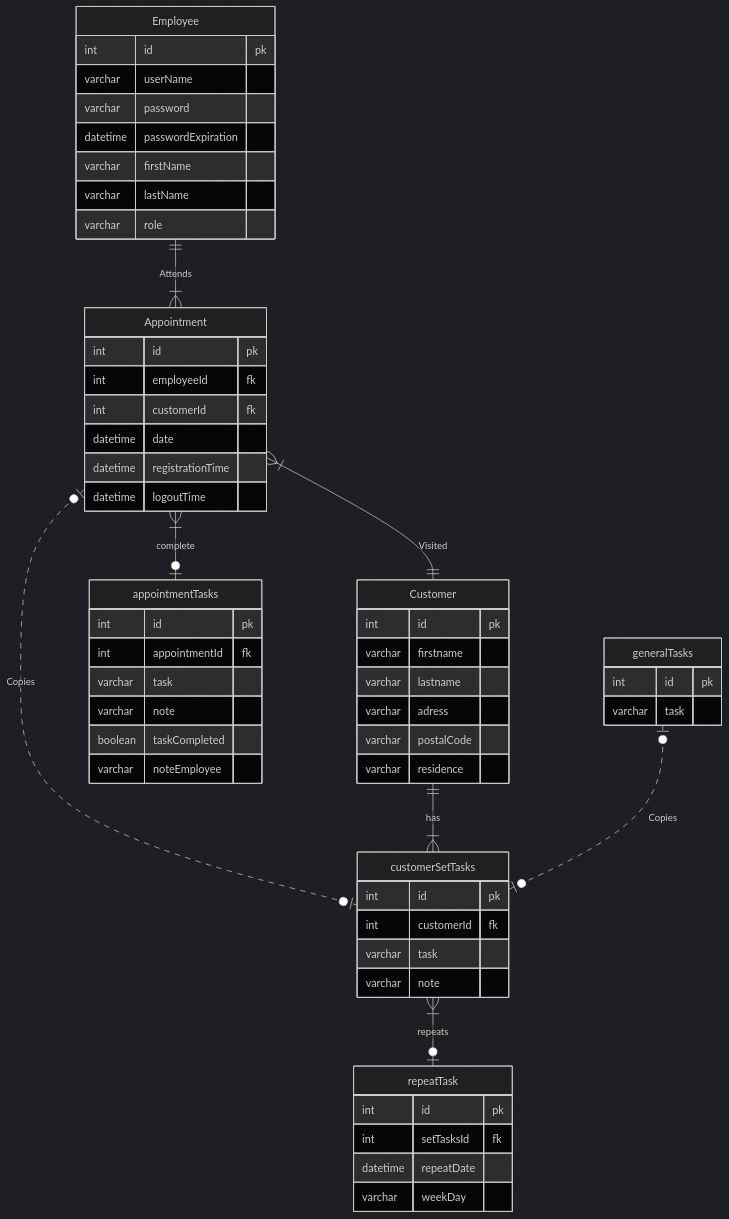
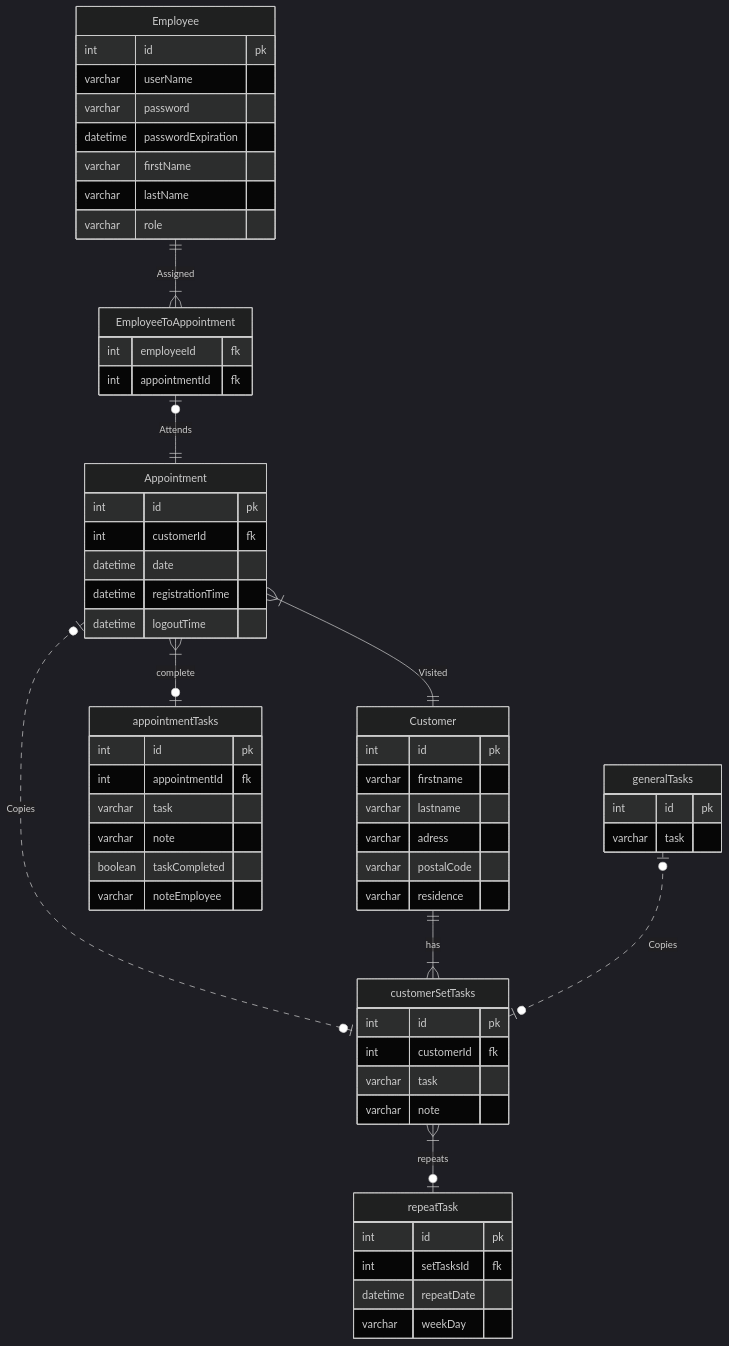
One commit to Educom-Trainees/educom-zorgApp changed the diagram in documentation/ERD.md. Above: the diagram before and after it, drawn with Mermaid (dark theme).

````diff
--- a/documentation/ERD.md
+++ b/documentation/ERD.md
@@ -1,67 +1,72 @@
 ```mermaid
 erDiagram
-  Employee ||--|{ Appointment : Attends
+  Employee ||--|{ EmployeeToAppointment : Assigned
   Employee{
   int id pk
   varchar userName
   varchar password
   datetime passwordExpiration
   varchar firstName
   varchar lastName
   varchar role
   }
 
+  EmployeeToAppointment o|--|| Appointment : Attends
+  EmployeeToAppointment{
+  int employeeId fk
+  int appointmentId fk
+  }
+
   Appointment }|--|| Customer : Visited
   Appointment }|--|o appointmentTasks : complete
   Appointment o|..|o customerSetTasks : Copies
   Appointment{
   int id pk
-  int employeeId fk
   int customerId fk
   datetime date
   datetime registrationTime
   datetime logoutTime
   }
 
   appointmentTasks{
   int id pk
   int appointmentId fk
   varchar task
   varchar note
   boolean taskCompleted
   varchar noteEmployee
   }
 
   Customer ||--|{ customerSetTasks : has
   Customer{
   int id pk
   varchar firstname
   varchar lastname
   varchar adress
   varchar postalCode
   varchar residence
   }
 
   generalTasks o|..|o customerSetTasks : Copies
   generalTasks{
   int id pk
   varchar task
   }
 
   customerSetTasks }|--|o repeatTask : repeats
   customerSetTasks{
   int id pk
   int customerId fk
   varchar task
   varchar note
   }
 
   repeatTask{
   int id pk
   int setTasksId fk
   datetime repeatDate
   varchar weekDay
   }
 
 
 ```
````
